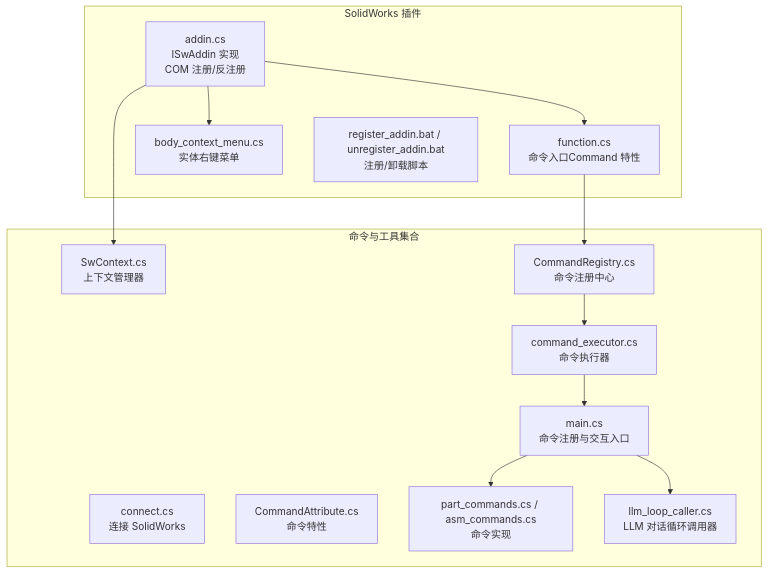
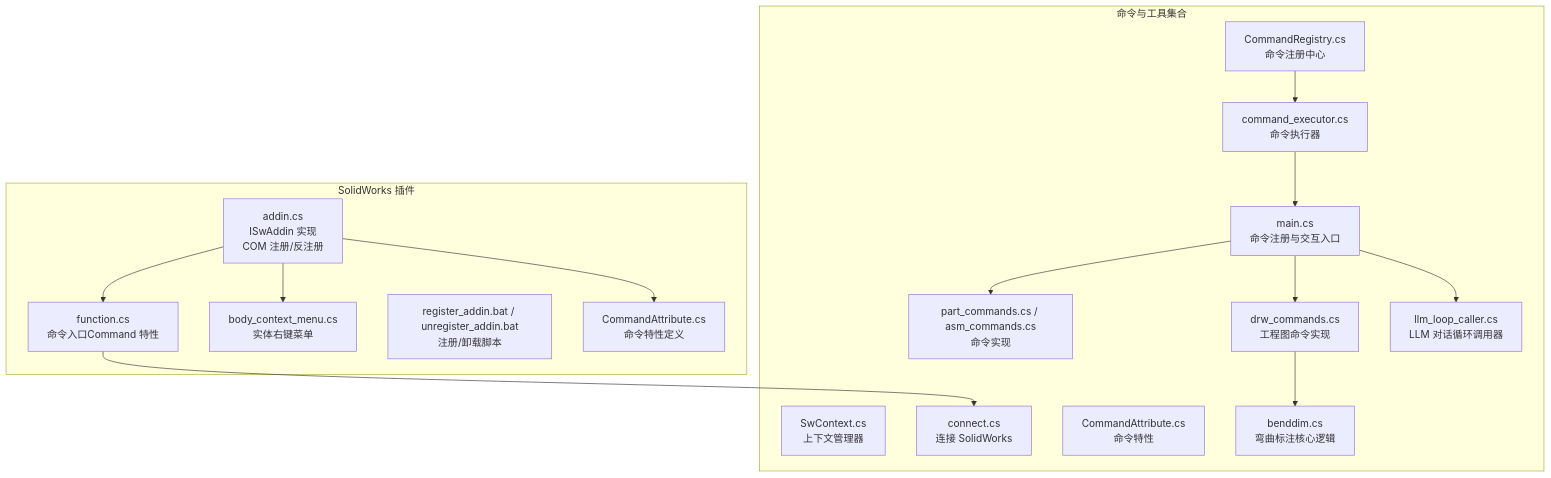
One commit to feudal1/my_csharp changed the first of 10 diagrams in .qoder/repowiki/zh/content/SolidWorks 集成/SolidWorks 集成.md. Above: the diagram before and after it, drawn with Mermaid. The commit also changed other lines of this file and 6 other files, not shown here.

````diff
--- a/.qoder/repowiki/zh/content/SolidWorks 集成/SolidWorks 集成.md
+++ b/.qoder/repowiki/zh/content/SolidWorks 集成/SolidWorks 集成.md
@@ -52,27 +56,32 @@
 ```mermaid
 graph TB
 subgraph "SolidWorks 插件"
 A["addin.cs<br/>ISwAddin 实现<br/>COM 注册/反注册"]
 B["function.cs<br/>命令入口Command 特性"]
 C["body_context_menu.cs<br/>实体右键菜单"]
 D["register_addin.bat / unregister_addin.bat<br/>注册/卸载脚本"]
+E["CommandAttribute.cs<br/>命令特性定义"]
 end
 subgraph "命令与工具集合"
-E["SwContext.cs<br/>上下文管理器"]
-F["connect.cs<br/>连接 SolidWorks"]
-G["CommandRegistry.cs<br/>命令注册中心"]
-H["CommandAttribute.cs<br/>命令特性"]
-I["command_executor.cs<br/>命令执行器"]
-J["main.cs<br/>命令注册与交互入口"]
-K["part_commands.cs / asm_commands.cs<br/>命令实现"]
-L["llm_loop_caller.cs<br/>LLM 对话循环调用器"]
+F["SwContext.cs<br/>上下文管理器"]
+G["connect.cs<br/>连接 SolidWorks"]
+H["CommandRegistry.cs<br/>命令注册中心"]
+I["CommandAttribute.cs<br/>命令特性"]
+J["command_executor.cs<br/>命令执行器"]
+K["main.cs<br/>命令注册与交互入口"]
+L["part_commands.cs / asm_commands.cs<br/>命令实现"]
+M["drw_commands.cs<br/>工程图命令实现"]
+N["llm_loop_caller.cs<br/>LLM 对话循环调用器"]
+O["benddim.cs<br/>弯曲标注核心逻辑"]
 end
 A --> B
 A --> C
 A --> E
 B --> G
-G --> I
-I --> J
+H --> J
 J --> K
-J --> L
+K --> L
+K --> M
+M --> O
+K --> N
 ```
````
